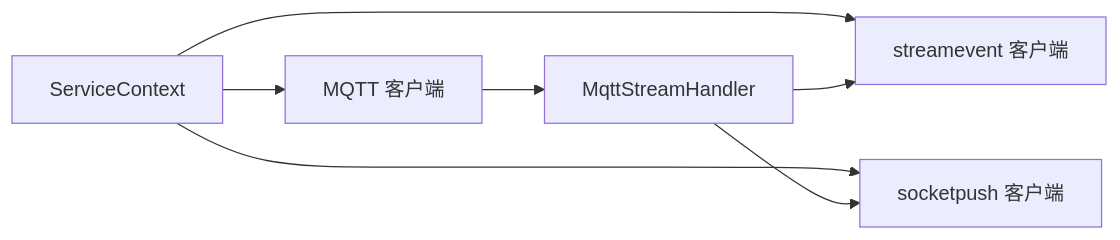
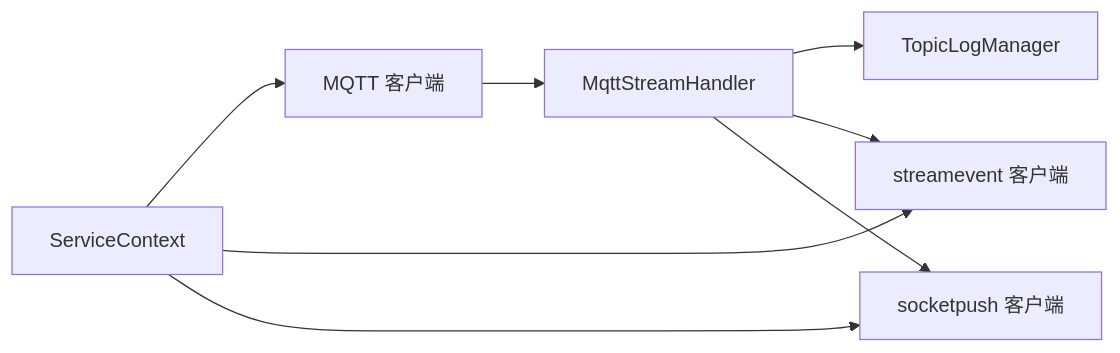
One commit to maomao94/zero-service changed the eighth of 8 diagrams in .qoder/repowiki/zh/content/核心服务详解/MQTT 协议桥接服务/消息处理与传输.md. Above: the diagram before and after it, drawn with Mermaid. The commit also changed other lines of this file and 59 other files, not shown here.

````diff
--- a/.qoder/repowiki/zh/content/核心服务详解/MQTT 协议桥接服务/消息处理与传输.md
+++ b/.qoder/repowiki/zh/content/核心服务详解/MQTT 协议桥接服务/消息处理与传输.md
@@ -275,9 +351,10 @@
 ```mermaid
 graph LR
 SvcCtx["ServiceContext"] --> MQTTSvc["MQTT 客户端"]
 SvcCtx --> StreamCli["streamevent 客户端"]
 SvcCtx --> SocketCli["socketpush 客户端"]
 MQTTSvc --> Handler["MqttStreamHandler"]
+Handler --> LogManager["TopicLogManager"]
 Handler --> StreamCli
 Handler --> SocketCli
 ```
````
